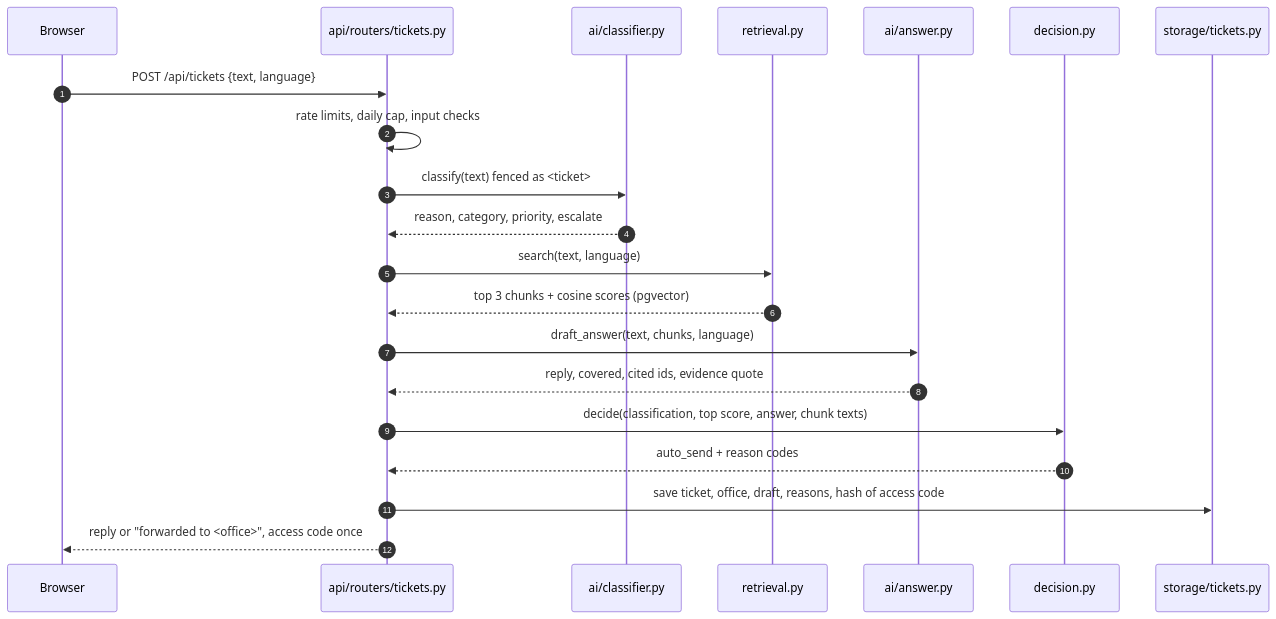
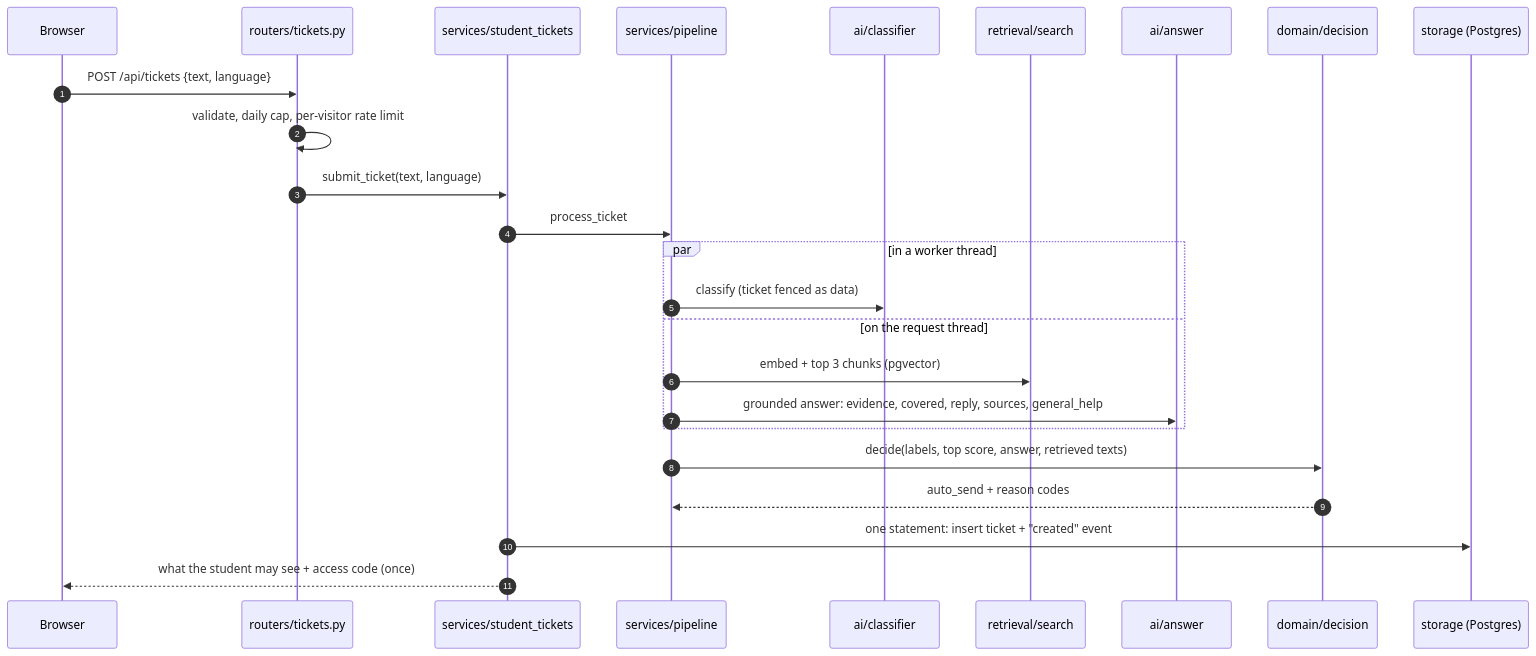
One commit to AhmedElghazzawy/ai-ticket-assistant changed the fourth of 7 diagrams in ARCHITECTURE.md. Above: the diagram before and after it, drawn with Mermaid. The commit also changed other lines of this file and 6 other files, not shown here.

First line of the commit message:
Rewrite the architecture docs and add a docs index and release changelog

````diff
--- a/ARCHITECTURE.md
+++ b/ARCHITECTURE.md
@@ -35,23 +129,27 @@
 ```mermaid
 sequenceDiagram
     autonumber
     participant B as Browser
-    participant A as api/routers/tickets.py
-    participant C as ai/classifier.py
-    participant R as retrieval.py
-    participant W as ai/answer.py
-    participant D as decision.py
-    participant S as storage/tickets.py
-    B->>A: POST /api/tickets {text, language}
-    A->>A: rate limits, daily cap, input checks
-    A->>C: classify(text) fenced as <ticket>
-    C-->>A: reason, category, priority, escalate
-    A->>R: search(text, language)
-    R-->>A: top 3 chunks + cosine scores (pgvector)
-    A->>W: draft_answer(text, chunks, language)
-    W-->>A: reply, covered, cited ids, evidence quote
-    A->>D: decide(classification, top score, answer, chunk texts)
-    D-->>A: auto_send + reason codes
-    A->>S: save ticket, office, draft, reasons, hash of access code
-    A-->>B: reply or "forwarded to <office>", access code once
+    participant R as routers/tickets.py
+    participant U as services/student_tickets
+    participant P as services/pipeline
+    participant C as ai/classifier
+    participant S as retrieval/search
+    participant W as ai/answer
+    participant D as domain/decision
+    participant DB as storage (Postgres)
+    B->>R: POST /api/tickets {text, language}
+    R->>R: validate, daily cap, per-visitor rate limit
+    R->>U: submit_ticket(text, language)
+    U->>P: process_ticket
+    par in a worker thread
+        P->>C: classify (ticket fenced as data)
+    and on the request thread
+        P->>S: embed + top 3 chunks (pgvector)
+        P->>W: grounded answer: evidence, covered, reply, sources, general_help
+    end
+    P->>D: decide(labels, top score, answer, retrieved texts)
+    D-->>P: auto_send + reason codes
+    U->>DB: one statement: insert ticket + "created" event
+    U-->>B: what the student may see + access code (once)
 ```
````
